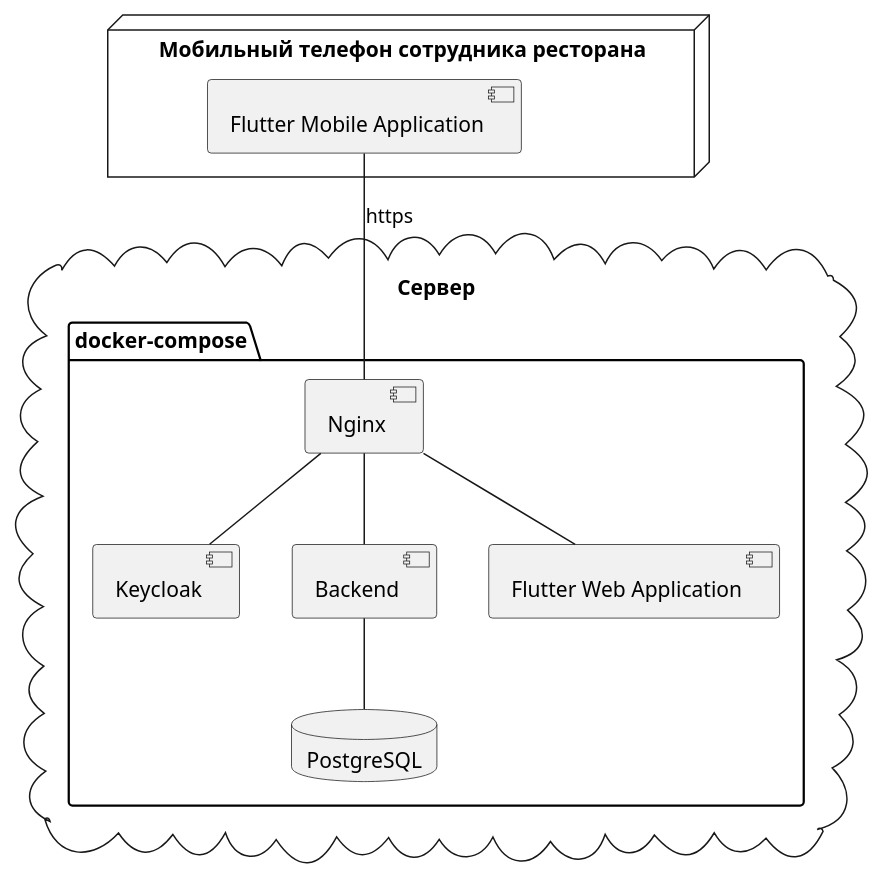
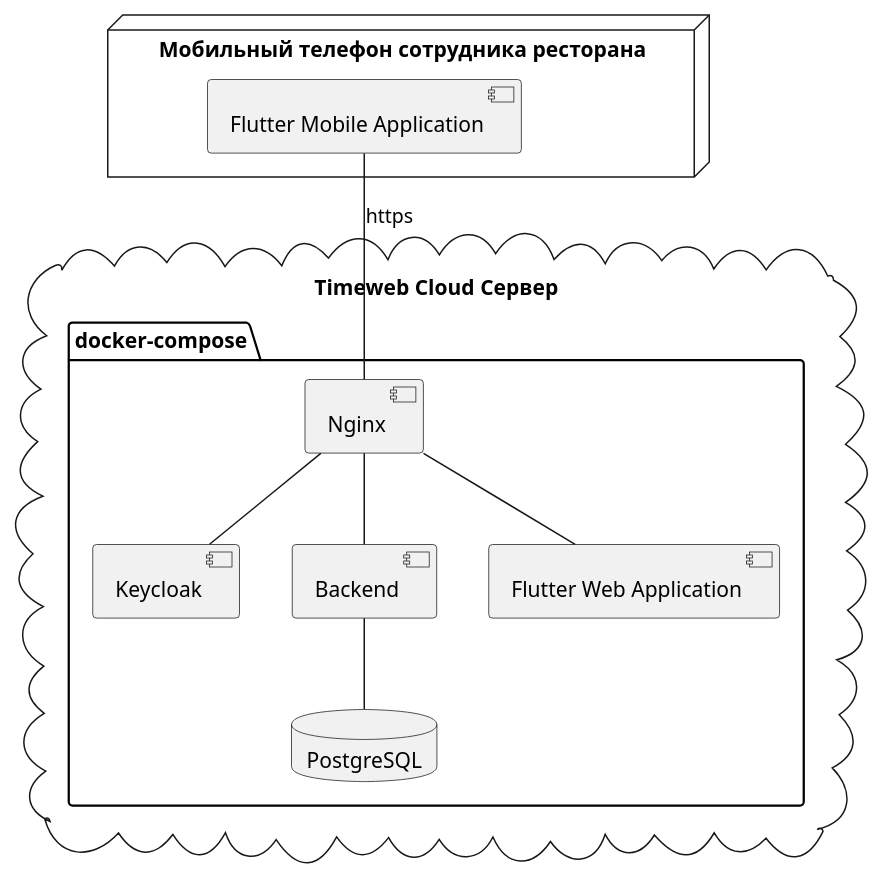
The diagram in documentation/диаграммы/Диаграмма развёртывания.pu (PavelPutin/restobook), drawn with PlantUML before and after one commit. The commit also changed 3 other files, not shown here.

Commit message:
fix: add host provider name to deploy diagram

```diff
--- a/documentation/диаграммы/Диаграмма развёртывания.pu
+++ b/documentation/диаграммы/Диаграмма развёртывания.pu
@@ -1,27 +1,27 @@
 @startuml Диаграмма развёртывания
 
 node "Мобильный телефон сотрудника ресторана" {
     [Flutter Mobile Application]
 }
 
 
 
-cloud Сервер {
+cloud "Timeweb Cloud Сервер" {
     package docker-compose {
         [Nginx]
         [Keycloak]
         [Backend]
         [Flutter Web Application]
         database PostgreSQL
     }
 }
 
 [Flutter Mobile Application] -- [Nginx] : https
 
 [Nginx] -- [Keycloak]
 [Nginx] -- [Backend]
 [Nginx] -- [Flutter Web Application]
 
 [Backend] -- [PostgreSQL]
 
 @enduml
```
